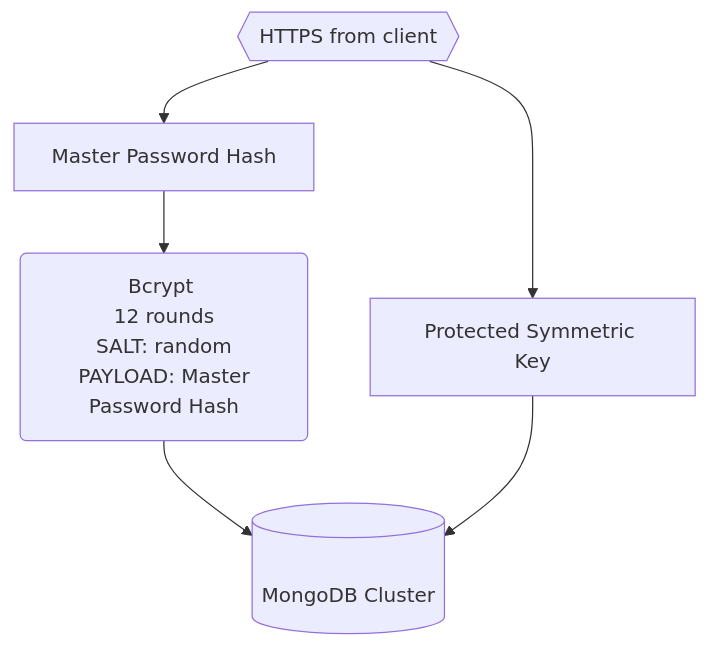
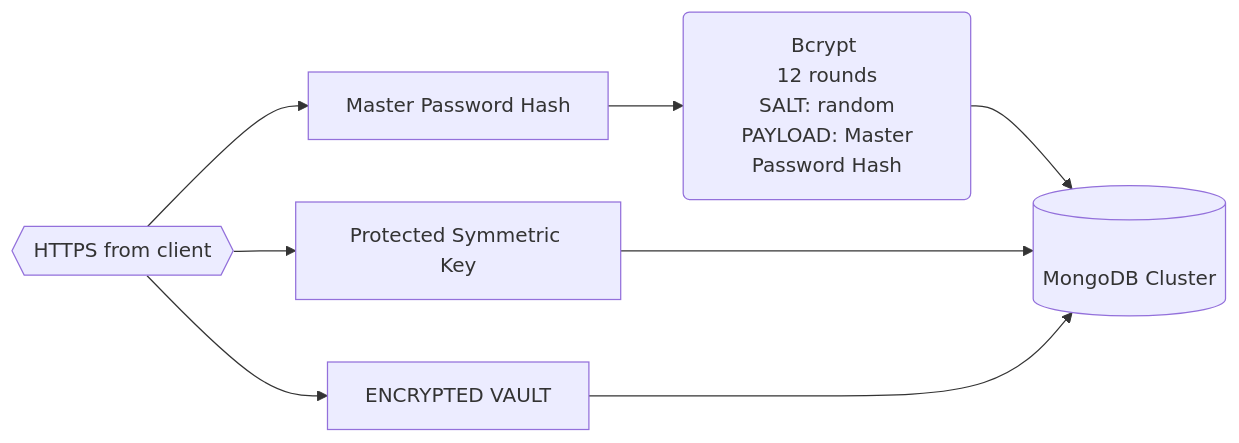
Before and after one commit to lukaarma/pwm_backend: the third of 3 diagrams in specifications/Security Whitepaper.md, drawn with Mermaid. The commit also changed other lines of this file, not shown here.

````diff
--- a/specifications/Security Whitepaper.md
+++ b/specifications/Security Whitepaper.md
@@ -60,13 +86,15 @@
 ```mermaid
-flowchart
+flowchart LR
     MASTER_PASSWORD_HASH[Master Password Hash]
     PROTECTED_SYMMETRIC_KEY[Protected Symmetric Key]
     DATABASE[(<br> MongoDB Cluster)]
+    ENCRYPTED_VAULT[ENCRYPTED VAULT]
     HTTPS_FROM_CLIENT{{HTTPS from client}}
 
     BCRYPT(Bcrypt <br> 12 rounds <br> SALT: random <br> PAYLOAD: Master Password Hash)
 
 
     HTTPS_FROM_CLIENT --> MASTER_PASSWORD_HASH --> BCRYPT --> DATABASE
-    HTTPS_FROM_CLIENT --> PROTECTED_SYMMETRIC_KEY --> DATABASE
+    HTTPS_FROM_CLIENT --> PROTECTED_SYMMETRIC_KEY ---> DATABASE
+    HTTPS_FROM_CLIENT --> ENCRYPTED_VAULT ---> DATABASE
 ```
````
